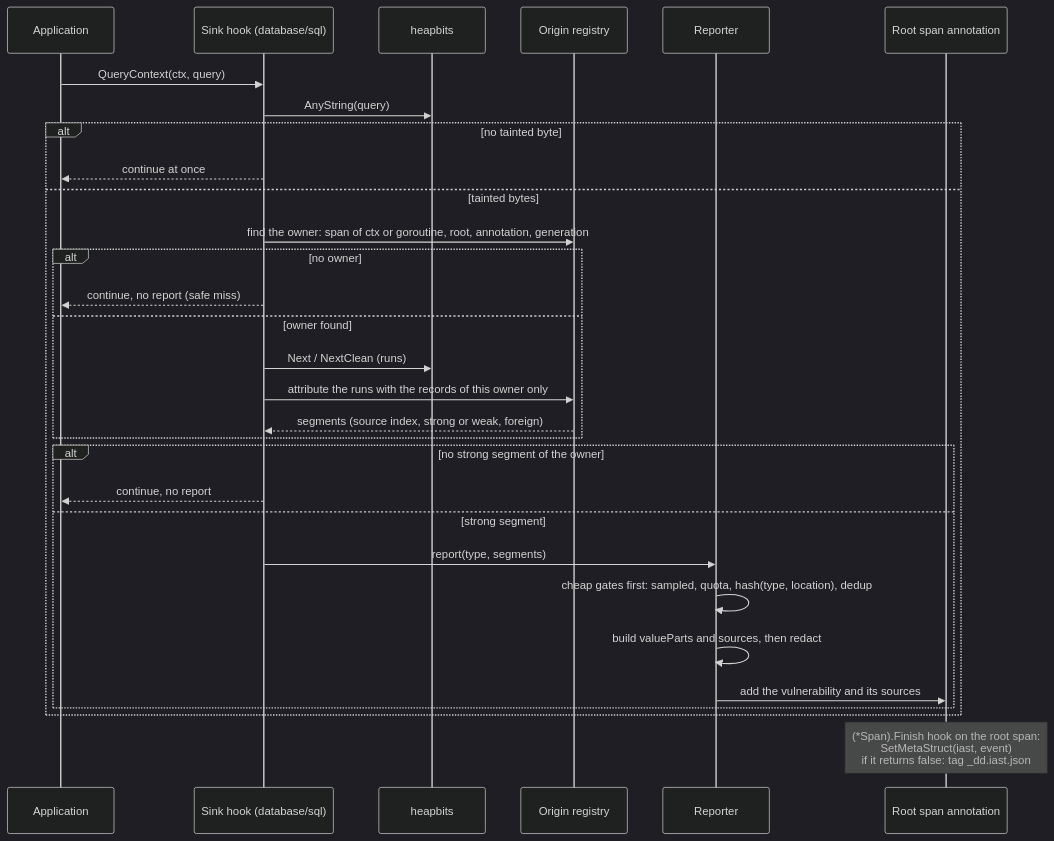
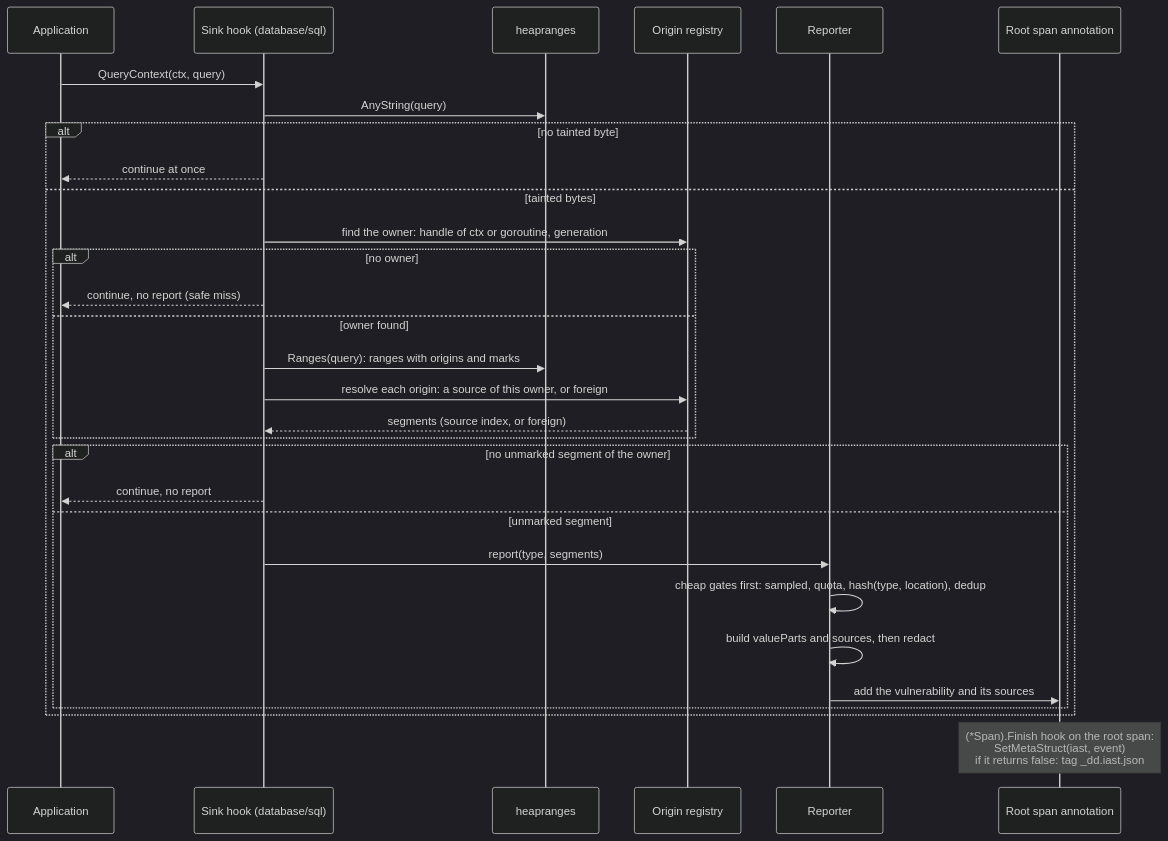
The fifth of 7 diagrams in _docs/design/taint-tracking-v0.md (DataDog/dd-iast-go), drawn with Mermaid (dark theme) before and after one commit. The commit also changed other lines of this file, not shown here.

First line of the commit message:
docs(design): update sources, transforms and constraints for the range origins

````diff
--- a/_docs/design/taint-tracking-v0.md
+++ b/_docs/design/taint-tracking-v0.md
@@ -869,32 +903,32 @@
 ```mermaid
 sequenceDiagram
   participant App as Application
   participant Sink as Sink hook (database/sql)
-  participant Bits as heapbits
+  participant Bits as heapranges
   participant Reg as Origin registry
   participant Rep as Reporter
   participant Span as Root span annotation
   App->>Sink: QueryContext(ctx, query)
   Sink->>Bits: AnyString(query)
   alt no tainted byte
     Sink-->>App: continue at once
   else tainted bytes
-    Sink->>Reg: find the owner: span of ctx or goroutine, root, annotation, generation
+    Sink->>Reg: find the owner: handle of ctx or goroutine, generation
     alt no owner
       Sink-->>App: continue, no report (safe miss)
     else owner found
-    Sink->>Bits: Next / NextClean (runs)
-    Sink->>Reg: attribute the runs with the records of this owner only
-    Reg-->>Sink: segments (source index, strong or weak, foreign)
+    Sink->>Bits: Ranges(query): ranges with origins and marks
+    Sink->>Reg: resolve each origin: a source of this owner, or foreign
+    Reg-->>Sink: segments (source index, or foreign)
     end
-    alt no strong segment of the owner
+    alt no unmarked segment of the owner
       Sink-->>App: continue, no report
-    else strong segment
+    else unmarked segment
       Sink->>Rep: report(type, segments)
       Rep->>Rep: cheap gates first: sampled, quota, hash(type, location), dedup
       Rep->>Rep: build valueParts and sources, then redact
       Rep->>Span: add the vulnerability and its sources
     end
   end
   Note over Span: (*Span).Finish hook on the root span:<br/>SetMetaStruct(iast, event)<br/>if it returns false: tag _dd.iast.json
 ```
````
